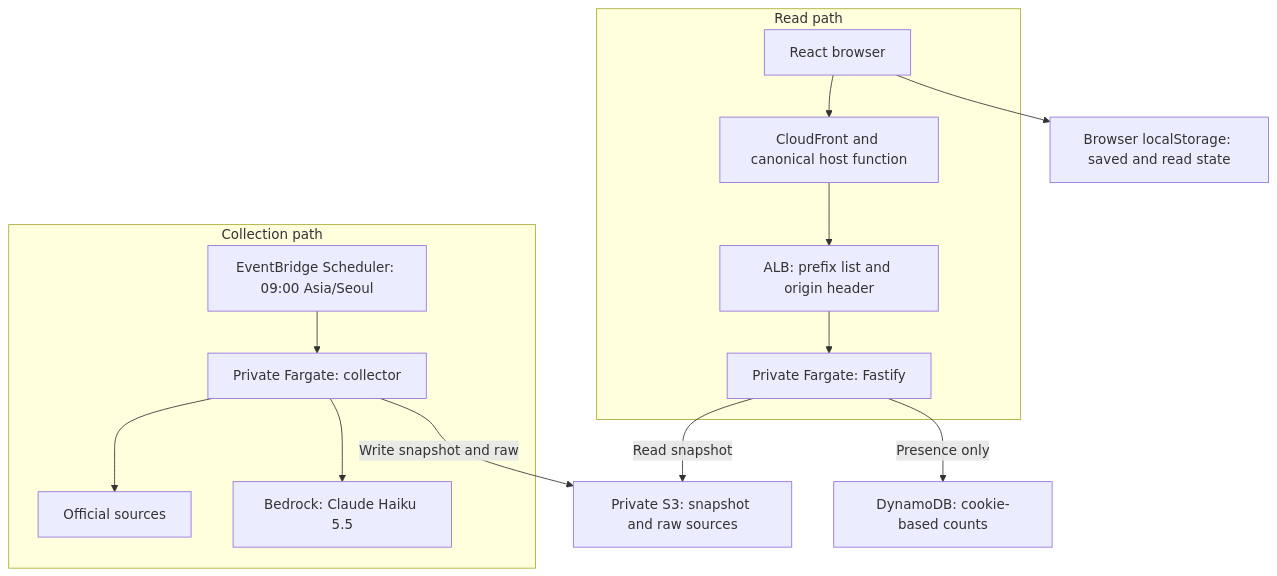
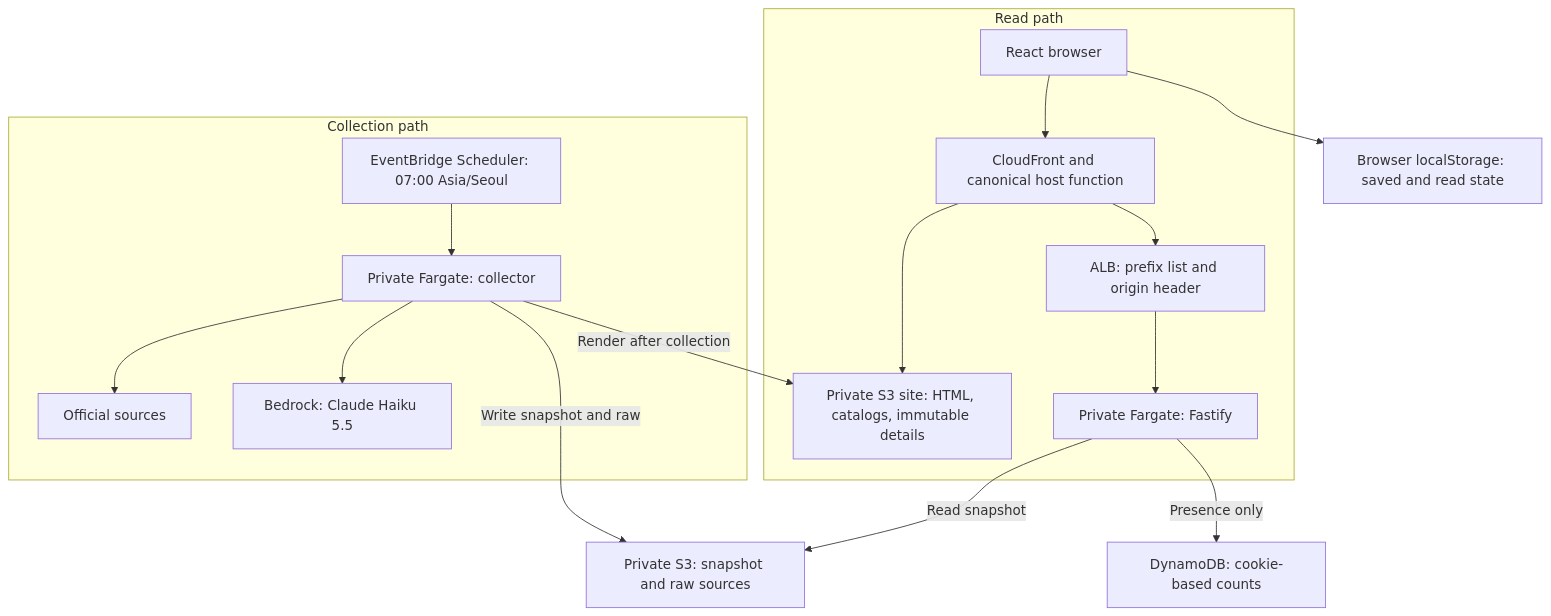
One commit to whchoi98/code-pulse changed the second of 2 diagrams in docs/architecture.md. Above: the diagram before and after it, drawn with Mermaid. The commit also changed other lines of this file and 90 other files, not shown here.

````diff
--- a/docs/architecture.md
+++ b/docs/architecture.md
@@ -64,17 +69,19 @@
 ```mermaid
 flowchart TB
     subgraph Read["Read path"]
         Browser["React browser"] --> Edge["CloudFront and canonical host function"]
+        Edge --> Site["Private S3 site: HTML, catalogs, immutable details"]
         Edge --> ALB["ALB: prefix list and origin header"]
         ALB --> Web["Private Fargate: Fastify"]
     end
     subgraph Collect["Collection path"]
-        Schedule["EventBridge Scheduler: 09:00 Asia/Seoul"] --> Worker["Private Fargate: collector"]
+        Schedule["EventBridge Scheduler: 07:00 Asia/Seoul"] --> Worker["Private Fargate: collector"]
         Worker --> Sources["Official sources"]
         Worker --> Bedrock["Bedrock: Claude Haiku 5.5"]
     end
     Web -->|Read snapshot| Data["Private S3: snapshot and raw sources"]
     Worker -->|Write snapshot and raw| Data
+    Worker -->|Render after collection| Site
     Web -->|Presence only| Presence["DynamoDB: cookie-based counts"]
     Browser --> Local["Browser localStorage: saved and read state"]
 ```
````
